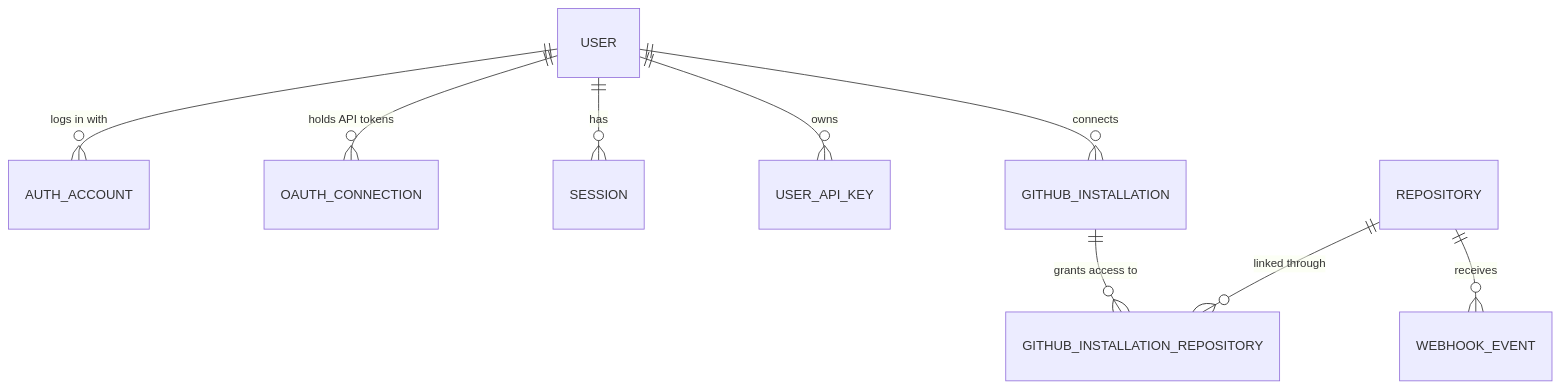
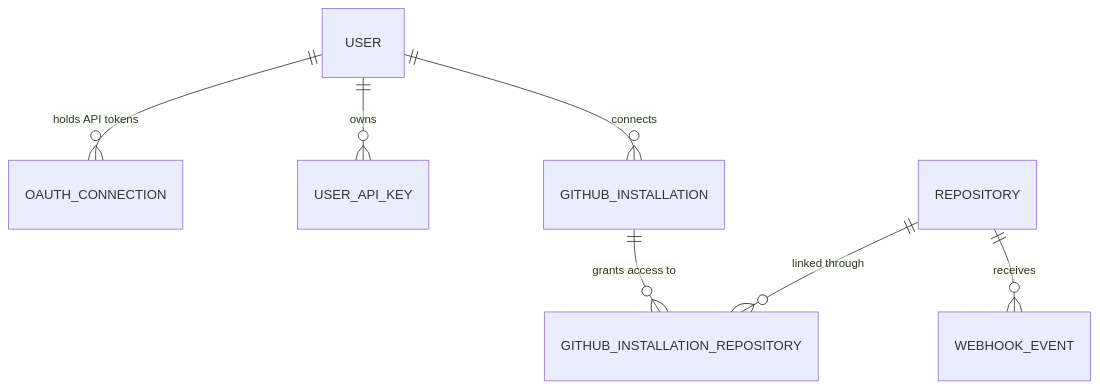
One commit to stevekinney/tribunal changed the second of 3 diagrams in documentation/ARCHITECTURE.md. Above: the diagram before and after it, drawn with Mermaid. The commit also changed other lines of this file and 104 other files, not shown here.

````diff
--- a/documentation/ARCHITECTURE.md
+++ b/documentation/ARCHITECTURE.md
@@ -119,11 +119,9 @@
 ```mermaid
 erDiagram
-  USER ||--o{ AUTH_ACCOUNT : "logs in with"
   USER ||--o{ OAUTH_CONNECTION : "holds API tokens"
-  USER ||--o{ SESSION : "has"
   USER ||--o{ USER_API_KEY : "owns"
   USER ||--o{ GITHUB_INSTALLATION : "connects"
   GITHUB_INSTALLATION ||--o{ GITHUB_INSTALLATION_REPOSITORY : "grants access to"
   REPOSITORY ||--o{ GITHUB_INSTALLATION_REPOSITORY : "linked through"
   REPOSITORY ||--o{ WEBHOOK_EVENT : "receives"
 ```
````
